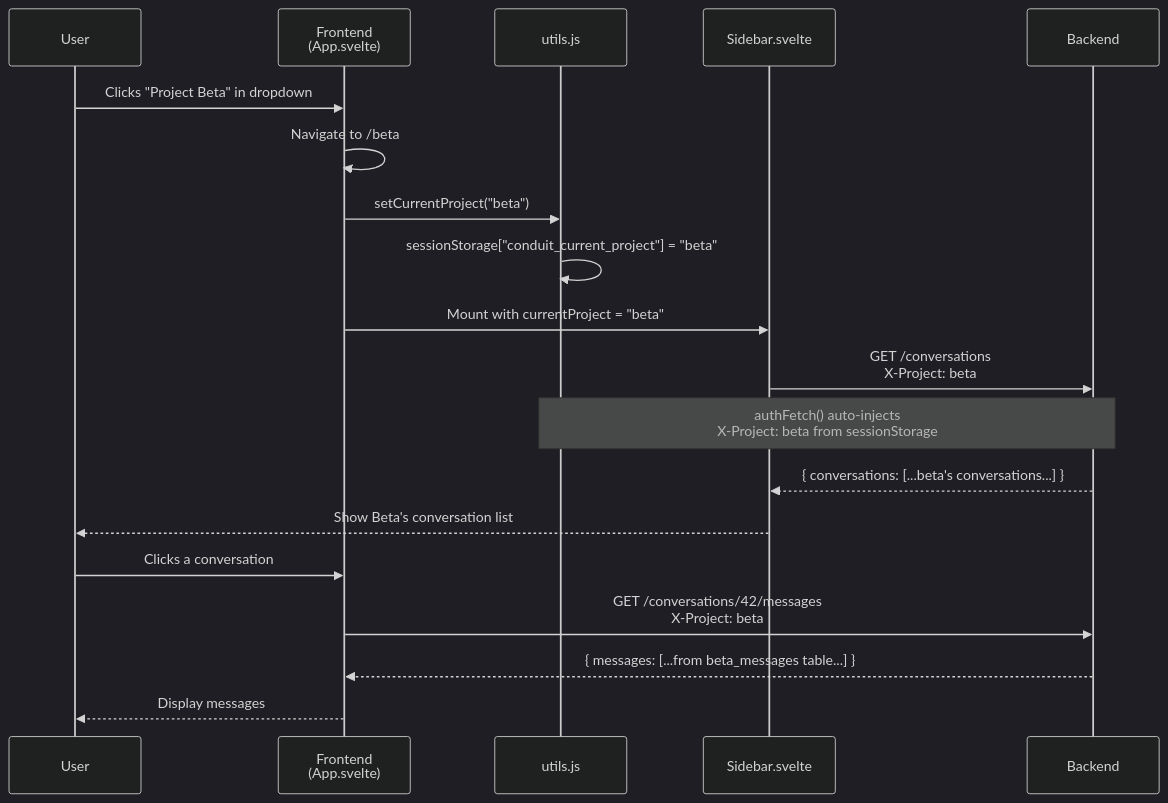
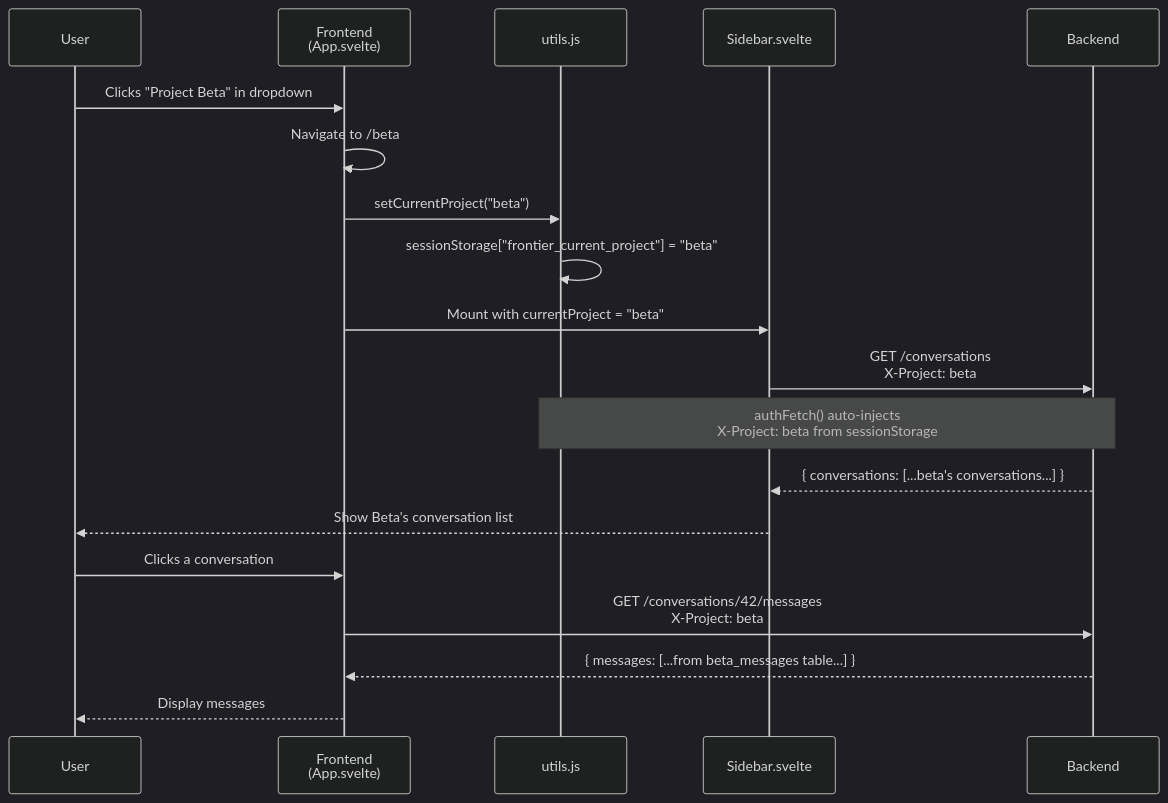
The seventh of 10 diagrams in docs/feature/chat-segregation-feature.md (sweiyang/frontier), drawn with Mermaid (dark theme) before and after one commit. The commit also changed other lines of this file and 35 other files, not shown here.

````diff
--- a/docs/feature/chat-segregation-feature.md
+++ b/docs/feature/chat-segregation-feature.md
@@ -425,24 +425,24 @@
 ```mermaid
 sequenceDiagram
     participant U as User
     participant F as Frontend<br/>(App.svelte)
     participant UTILS as utils.js
     participant SIDEBAR as Sidebar.svelte
     participant B as Backend
 
     U->>F: Clicks "Project Beta" in dropdown
     F->>F: Navigate to /beta
     F->>UTILS: setCurrentProject("beta")
-    UTILS->>UTILS: sessionStorage["conduit_current_project"] = "beta"
+    UTILS->>UTILS: sessionStorage["frontier_current_project"] = "beta"
 
     F->>SIDEBAR: Mount with currentProject = "beta"
     SIDEBAR->>B: GET /conversations<br/>X-Project: beta
     Note over UTILS,B: authFetch() auto-injects<br/>X-Project: beta from sessionStorage
     B-->>SIDEBAR: { conversations: [...beta's conversations...] }
     SIDEBAR-->>U: Show Beta's conversation list
 
     U->>F: Clicks a conversation
     F->>B: GET /conversations/42/messages<br/>X-Project: beta
     B-->>F: { messages: [...from beta_messages table...] }
     F-->>U: Display messages
 ```
````
